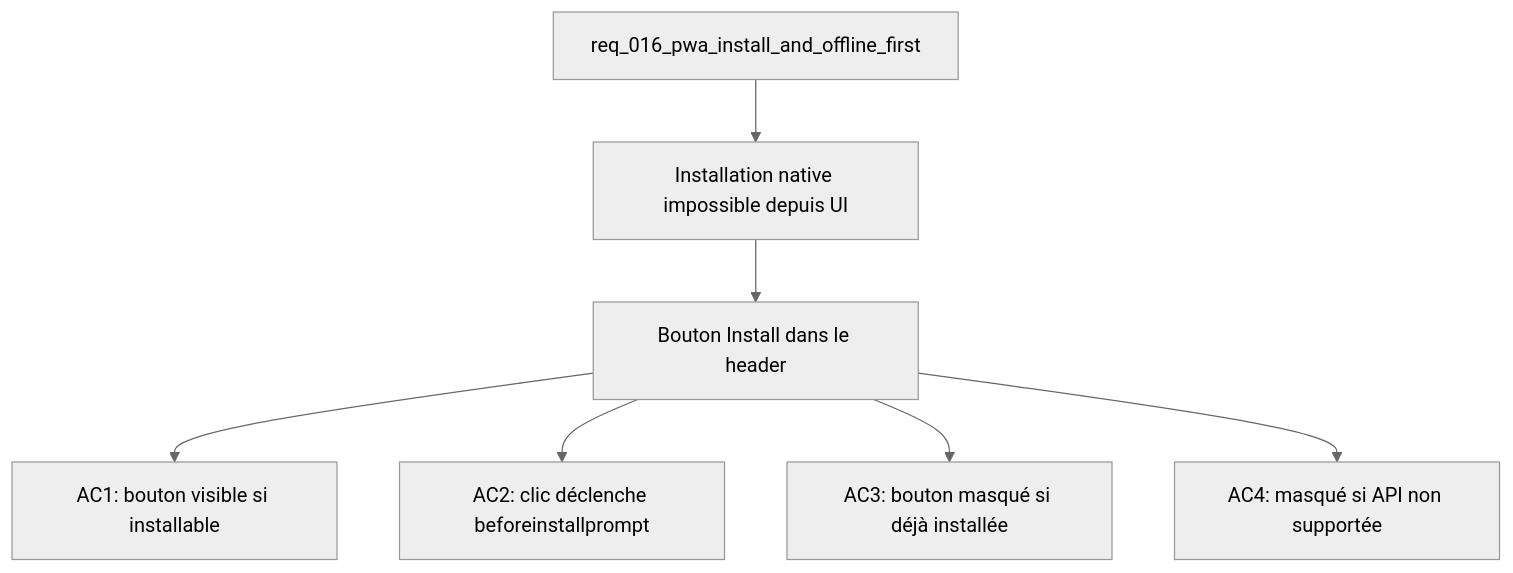
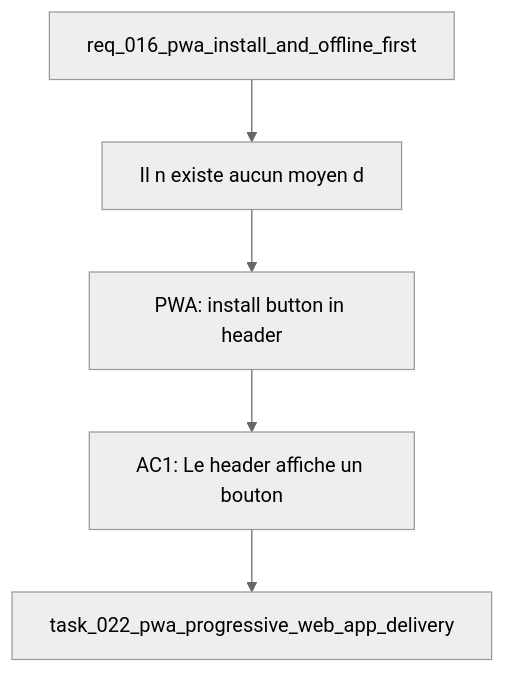
Before and after one commit to AlexAgo83/deepvault: the diagram in logics/backlog/item_056_pwa_install_button_in_header.md, drawn with Mermaid (neutral theme). The commit also changed 57 other files, not shown here.

````diff
--- a/logics/backlog/item_056_pwa_install_button_in_header.md
+++ b/logics/backlog/item_056_pwa_install_button_in_header.md
@@ -20,11 +20,9 @@
 ```mermaid
 %% logics-kind: backlog
 %% logics-signature: backlog|pwa-install-button-in-header|req-016-pwa-install-and-offline-first|il-n-existe-aucun-moyen-d|ac1-le-header-affiche-un-bouton
 flowchart TD
-    Request[req_016_pwa_install_and_offline_first] --> Problem[Installation native impossible depuis UI]
-    Problem --> Scope[Bouton Install dans le header]
-    Scope --> AC1[AC1: bouton visible si installable]
-    Scope --> AC2[AC2: clic déclenche beforeinstallprompt]
-    Scope --> AC3[AC3: bouton masqué si déjà installée]
-    Scope --> AC4[AC4: masqué si API non supportée]
+    Request[req_016_pwa_install_and_offline_first] --> Problem[Il n existe aucun moyen d]
+    Problem --> Scope[PWA: install button in header]
+    Scope --> Acceptance[AC1: Le header affiche un bouton]
+    Acceptance --> Tasks[task_022_pwa_progressive_web_app_delivery]
 ```
````
